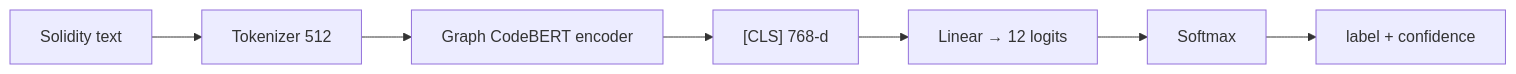
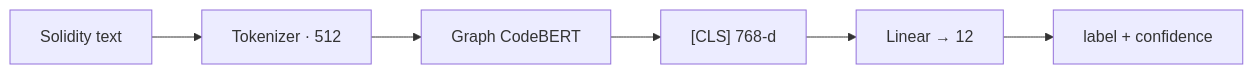
Diagram 12 of 13 in README.md (tanaymitra54/solidity_guard_razorpay), drawn with Mermaid before and after one commit. The commit also changed other lines of this file, not shown here.

First line of the commit message:
docs: prize-style README with charts and architecture diagrams

````diff
--- a/README.md
+++ b/README.md
@@ -425,9 +306,8 @@
 ```mermaid
 flowchart LR
-    SRC[Solidity text] --> TOK[Tokenizer 512]
-    TOK --> ENC[Graph CodeBERT encoder]
+    SRC[Solidity text] --> TOK[Tokenizer · 512]
+    TOK --> ENC[Graph CodeBERT]
     ENC --> CLS["[CLS] 768-d"]
-    CLS --> LIN[Linear → 12 logits]
-    LIN --> SM[Softmax]
-    SM --> OUT[label + confidence]
+    CLS --> LIN[Linear → 12]
+    LIN --> OUT[label + confidence]
 ```
````
